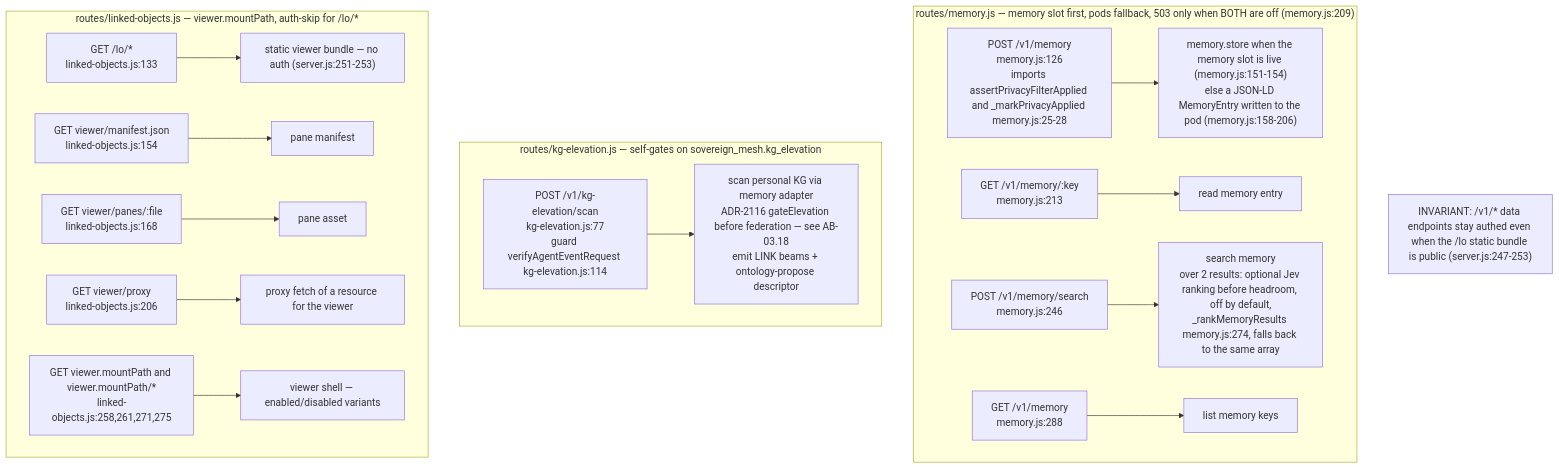
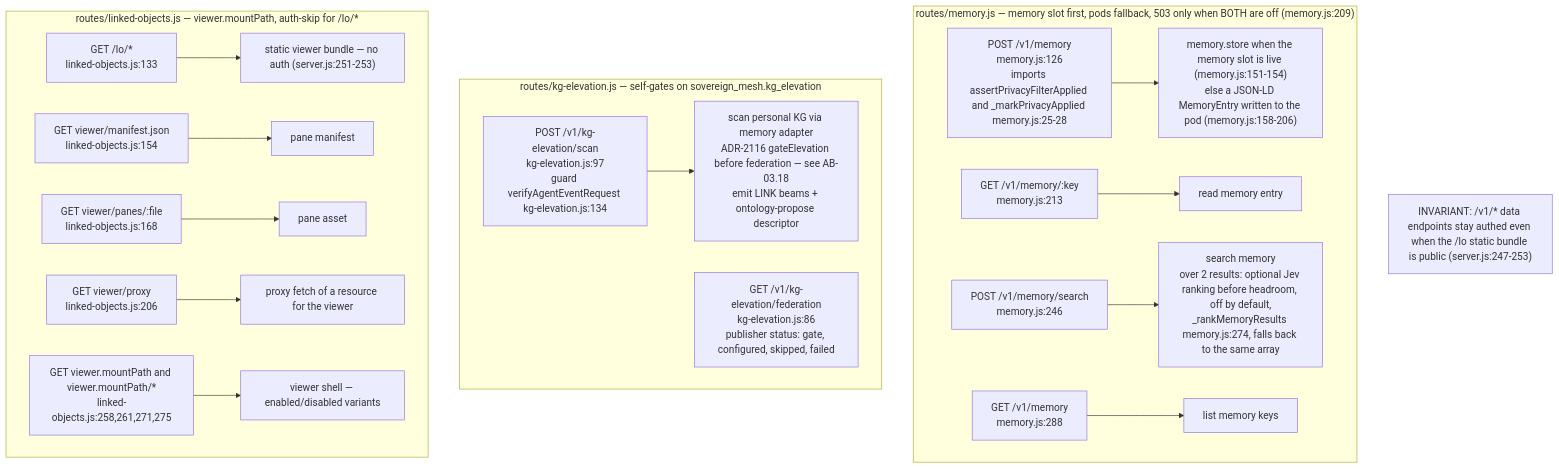
One commit to DreamLab-AI/VisionFlow changed the eighth of 17 diagrams in docs/diagrams/agentbox/03-management-api-request-lifecycle.md. Above: the diagram before and after it, drawn with Mermaid. The commit also changed other lines of this file and 8 other files, not shown here.

First line of the commit message:
docs(diagrams): re-verify the NIP-98 proxy topics and the custody counts at agentbox 0693c761c (VF-DIAGRAM-NIP98-DRIFT)

````diff
--- a/docs/diagrams/agentbox/03-management-api-request-lifecycle.md
+++ b/docs/diagrams/agentbox/03-management-api-request-lifecycle.md
@@ -349,20 +351,21 @@
 ```mermaid
 flowchart TD
     subgraph memory["routes/memory.js — memory slot first, pods fallback, 503 only when BOTH are off (memory.js:209)"]
         M1["POST /v1/memory<br/>memory.js:126<br/>imports assertPrivacyFilterApplied and _markPrivacyApplied memory.js:25-28"] --> MH1["memory.store when the memory slot is live (memory.js:151-154)<br/>else a JSON-LD MemoryEntry written to the pod (memory.js:158-206)"]
         M2["GET /v1/memory/:key<br/>memory.js:213"] --> MH2["read memory entry"]
         M3["POST /v1/memory/search<br/>memory.js:246"] --> MH3["search memory<br/>over 2 results: optional Jev ranking before headroom, off by default,<br/>_rankMemoryResults memory.js:274, falls back to the same array"]
         M4["GET /v1/memory<br/>memory.js:288"] --> MH4["list memory keys"]
     end
     subgraph kg["routes/kg-elevation.js — self-gates on sovereign_mesh.kg_elevation"]
-        K1["POST /v1/kg-elevation/scan<br/>kg-elevation.js:77<br/>guard verifyAgentEventRequest kg-elevation.js:114"] --> KH1["scan personal KG via memory adapter<br/>ADR-2116 gateElevation before federation — see AB-03.18<br/>emit LINK beams + ontology-propose descriptor"]
+        K1["POST /v1/kg-elevation/scan<br/>kg-elevation.js:97<br/>guard verifyAgentEventRequest kg-elevation.js:134"] --> KH1["scan personal KG via memory adapter<br/>ADR-2116 gateElevation before federation — see AB-03.18<br/>emit LINK beams + ontology-propose descriptor"]
+        K2["GET /v1/kg-elevation/federation<br/>kg-elevation.js:86<br/>publisher status: gate, configured, skipped, failed"]
     end
     subgraph lo["routes/linked-objects.js — viewer.mountPath, auth-skip for /lo/*"]
         L1["GET /lo/*<br/>linked-objects.js:133"] --> LH1["static viewer bundle — no auth (server.js:251-253)"]
         L2["GET viewer/manifest.json<br/>linked-objects.js:154"] --> LH2["pane manifest"]
         L3["GET viewer/panes/:file<br/>linked-objects.js:168"] --> LH3["pane asset"]
         L4["GET viewer/proxy<br/>linked-objects.js:206"] --> LH4["proxy fetch of a resource for the viewer"]
         L5["GET viewer.mountPath and viewer.mountPath/*<br/>linked-objects.js:258,261,271,275"] --> LH5["viewer shell — enabled/disabled variants"]
     end
     Note1["INVARIANT: /v1/* data endpoints stay authed even when the /lo static bundle is public (server.js:247-253)"]
 ```
````
